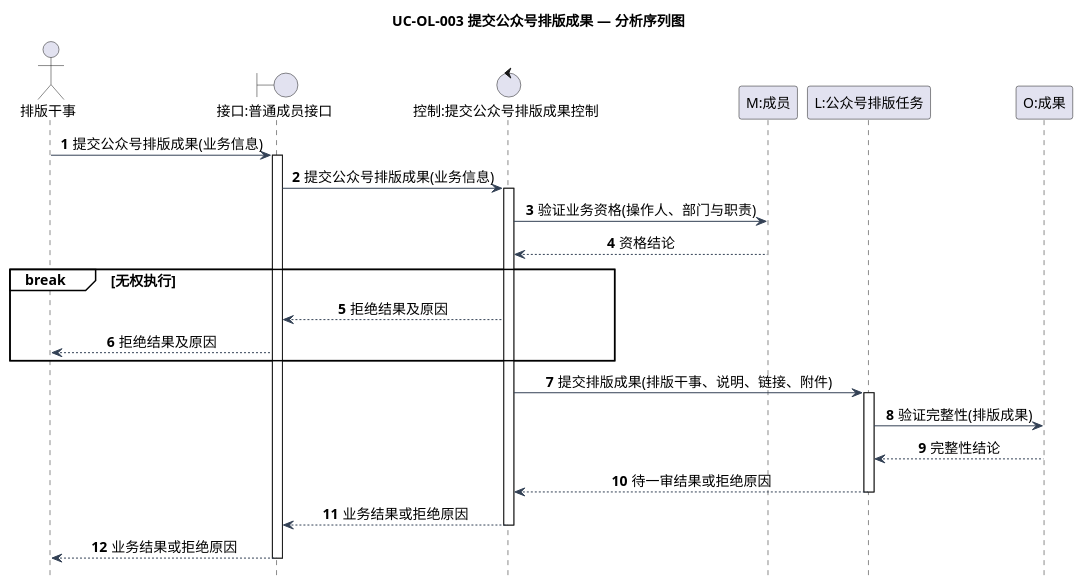
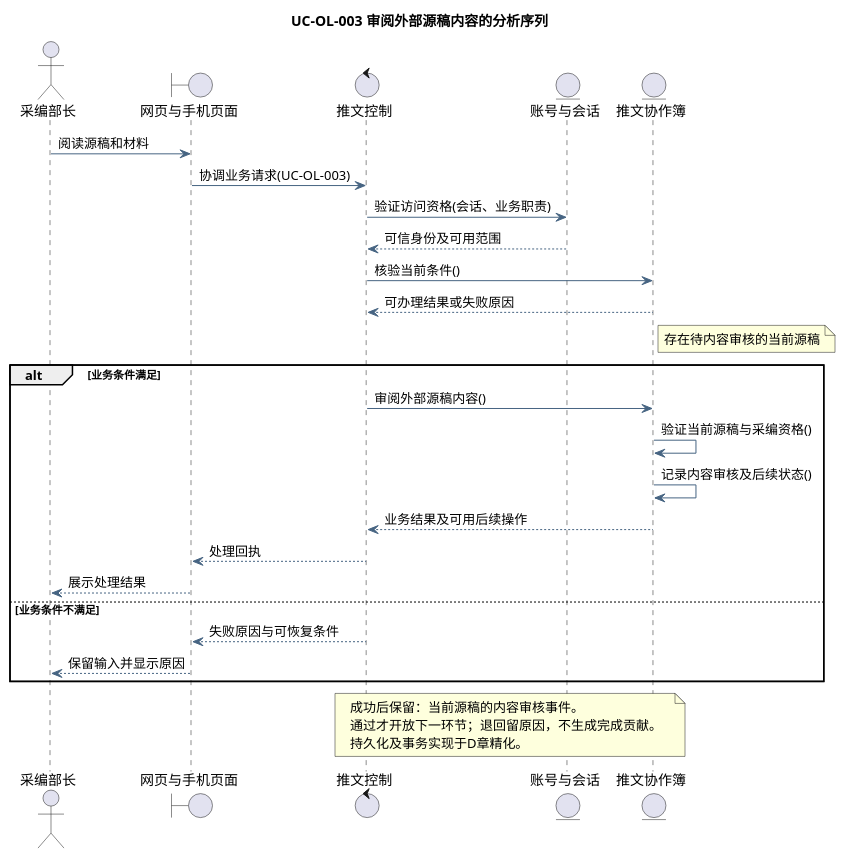
One commit to tccc1csu/miniprogram-csu changed the diagram in docs/diagrams/analysis/seq-uc-ol-003.puml. Above: the diagram before and after it, drawn with PlantUML. The commit also changed 376 other files, not shown here.

Commit message:
docs: align course UML and engineering documents with unified workbench

```diff
--- a/docs/diagrams/analysis/seq-uc-ol-003.puml
+++ b/docs/diagrams/analysis/seq-uc-ol-003.puml
@@ -1,45 +1,40 @@
 @startuml
-title UC-OL-003 提交公众号排版成果 — 分析序列图
 skinparam defaultFontName Microsoft YaHei
-skinparam defaultFontSize 14
 skinparam shadowing false
-skinparam backgroundColor white
+skinparam backgroundColor #FFFFFF
+skinparam ArrowColor #466482
 skinparam classAttributeIconSize 0
-skinparam classBackgroundColor #F5FAFF
-skinparam classBorderColor #46637F
-skinparam ArrowColor #334155
-skinparam nodesep 35
-skinparam ranksep 45
-hide footbox
-autonumber
-skinparam sequenceMessageAlign center
-skinparam sequenceGroupBackgroundColor white
-actor "排版干事" as A
-boundary "接口:普通成员接口" as B
-control "控制:提交公众号排版成果控制" as C
-participant "M:成员" as M
-participant "L:公众号排版任务" as L
-participant "O:成果" as O
-A -> B: 提交公众号排版成果(业务信息)
-activate B
-B -> C: 提交公众号排版成果(业务信息)
-activate C
-C -> M: 验证业务资格(操作人、部门与职责)
-M --> C: 资格结论
-break 无权执行
-  C --> B: 拒绝结果及原因
-  B --> A: 拒绝结果及原因
+hide empty members
+title UC-OL-003 审阅外部源稿内容的分析序列
+actor "采编部长" as actor
+boundary "网页与手机页面" as page
+control "推文控制" as ctl
+entity "账号与会话" as identity
+entity "推文协作簿" as model
+actor -> page : 阅读源稿和材料
+page -> ctl : 协调业务请求(UC-OL-003)
+ctl -> identity : 验证访问资格(会话、业务职责)
+identity --> ctl : 可信身份及可用范围
+ctl -> model : 核验当前条件()
+model --> ctl : 可办理结果或失败原因
+note right of model
+存在待内容审核的当前源稿
+end note
+alt 业务条件满足
+ctl -> model : 审阅外部源稿内容()
+model -> model : 验证当前源稿与采编资格()
+model -> model : 记录内容审核及后续状态()
+model --> ctl : 业务结果及可用后续操作
+ctl --> page : 处理回执
+page --> actor : 展示处理结果
+else 业务条件不满足
+ctl --> page : 失败原因与可恢复条件
+page --> actor : 保留输入并显示原因
 end
+note over ctl,model
+成功后保留：当前源稿的内容审核事件。
+通过才开放下一环节；退回留原因，不生成完成贡献。
+持久化及事务实现于D章精化。
+end note
 
-C -> L: 提交排版成果(排版干事、说明、链接、附件)
-activate L
-L -> O: 验证完整性(排版成果)
-O --> L: 完整性结论
-L --> C: 待一审结果或拒绝原因
-deactivate L
-
-C --> B: 业务结果或拒绝原因
-deactivate C
-B --> A: 业务结果或拒绝原因
-deactivate B
 @enduml
```
